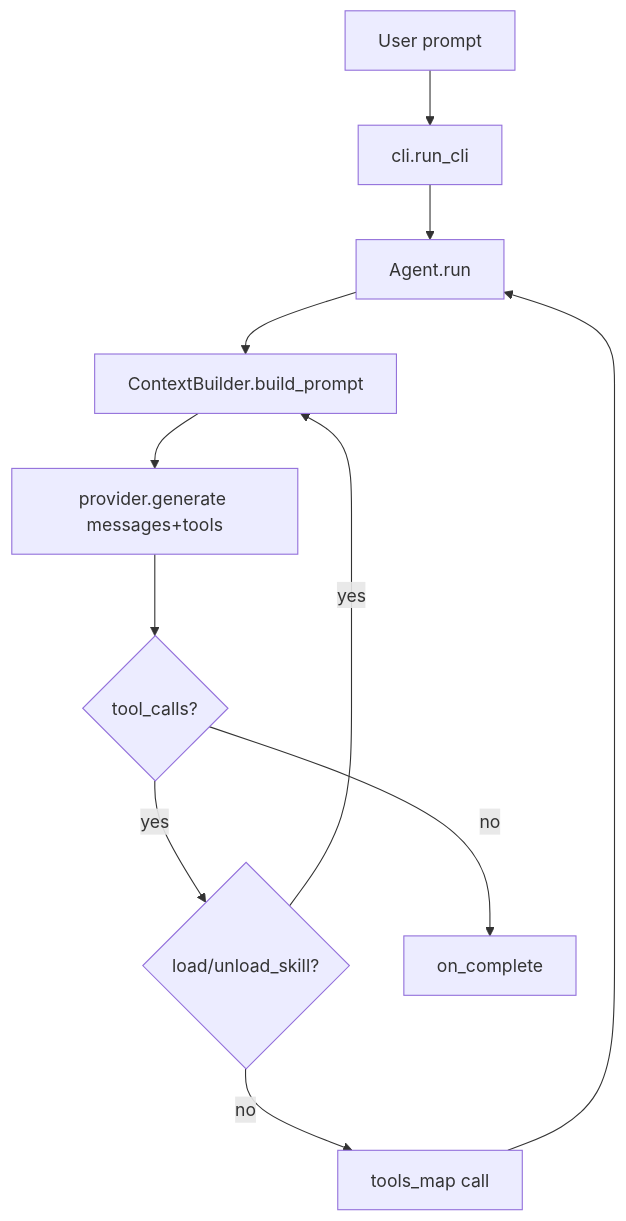
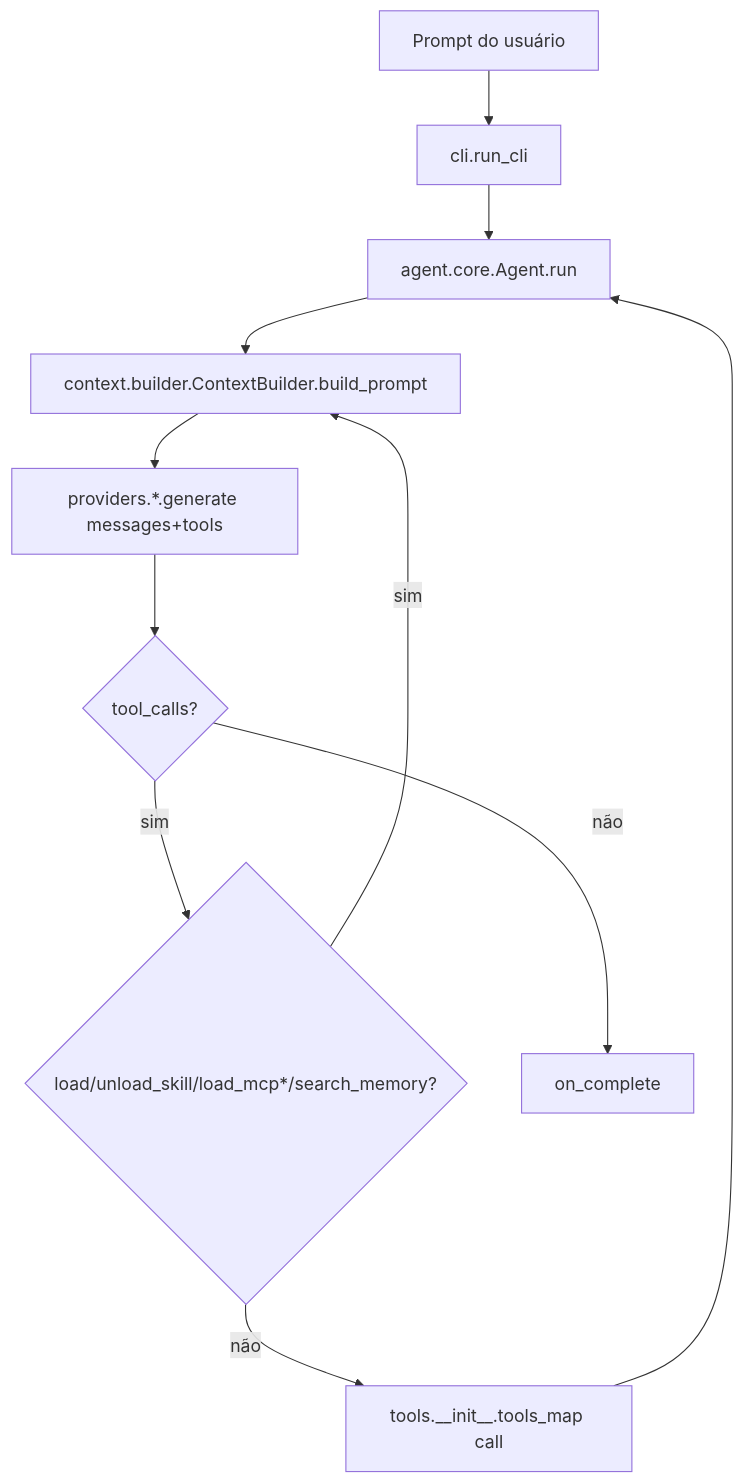
Before and after one commit to KlebersonCollab/Agnostic-AI-Agent-Loop: the diagram in .specs/codebase/ARCHITECTURE.md, drawn with Mermaid. The commit also changed other lines of this file and 6 other files, not shown here.

````diff
--- a/.specs/codebase/ARCHITECTURE.md
+++ b/.specs/codebase/ARCHITECTURE.md
@@ -42,13 +47,13 @@
 ```mermaid
 flowchart TD
-    U[User prompt] --> CLI[cli.run_cli]
-    CLI --> A[Agent.run]
-    A --> CB[ContextBuilder.build_prompt]
-    CB --> P[provider.generate messages+tools]
+    U[Prompt do usuário] --> CLI[cli.run_cli]
+    CLI --> A[agent.core.Agent.run]
+    A --> CB[context.builder.ContextBuilder.build_prompt]
+    CB --> P[providers.*.generate messages+tools]
     P --> R{tool_calls?}
-    R -- yes --> TI{load/unload_skill?}
-    TI -- yes --> CB
-    TI -- no --> TM[tools_map call]
+    R -- sim --> TI{load/unload_skill/load_mcp*/search_memory?}
+    TI -- sim --> CB
+    TI -- não --> TM[tools.__init__.tools_map call]
     TM --> A
-    R -- no --> DONE[on_complete]
+    R -- não --> DONE[on_complete]
 ```
````
